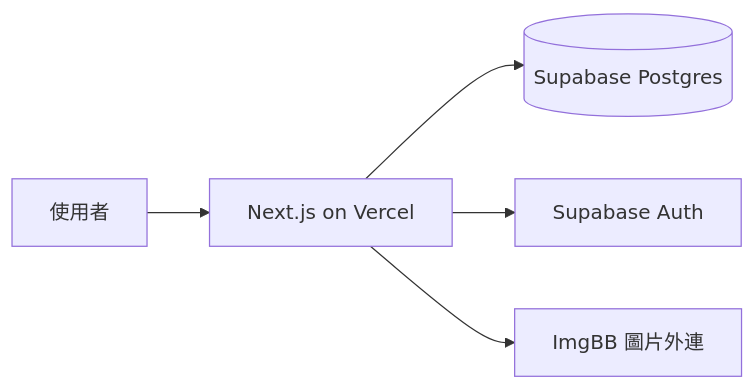
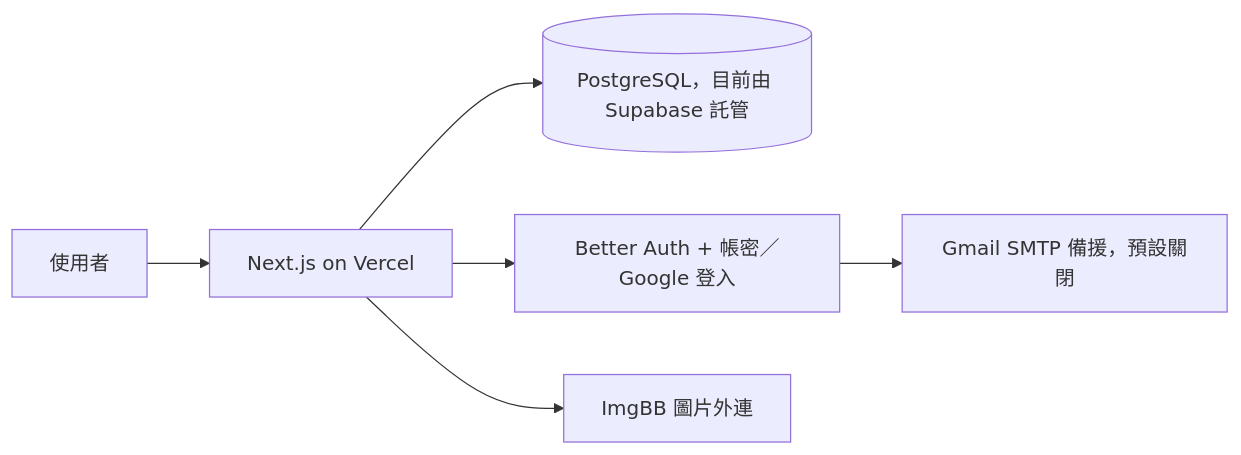
One commit to HoDZadkiel/GreenThumb changed the diagram in README.md. Above: the diagram before and after it, drawn with Mermaid. The commit also changed other lines of this file and 52 other files, not shown here.

````diff
--- a/README.md
+++ b/README.md
@@ -22,7 +22,8 @@
 ```mermaid
 flowchart LR
   使用者 --> Next.js[Next.js on Vercel]
-  Next.js --> DB[(Supabase Postgres)]
-  Next.js --> Auth[Supabase Auth]
+  Next.js --> DB[(PostgreSQL，目前由 Supabase 託管)]
+  Next.js --> Auth[Better Auth + 帳密／Google 登入]
+  Auth --> SMTP[Gmail SMTP 備援，預設關閉]
   Next.js --> Images[ImgBB 圖片外連]
 ```
````
